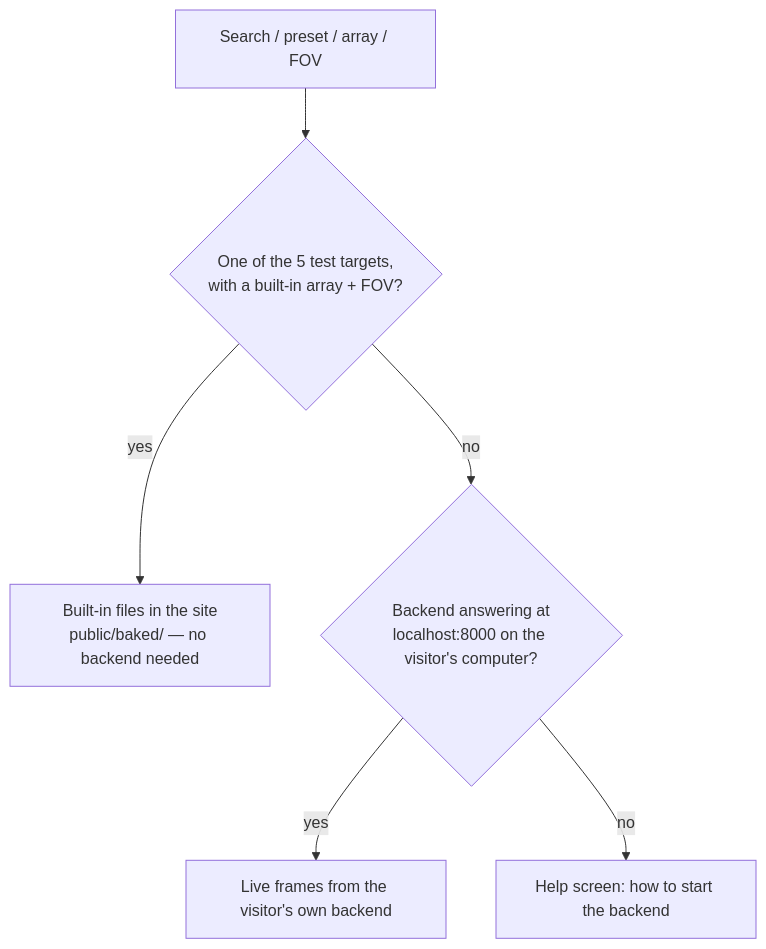
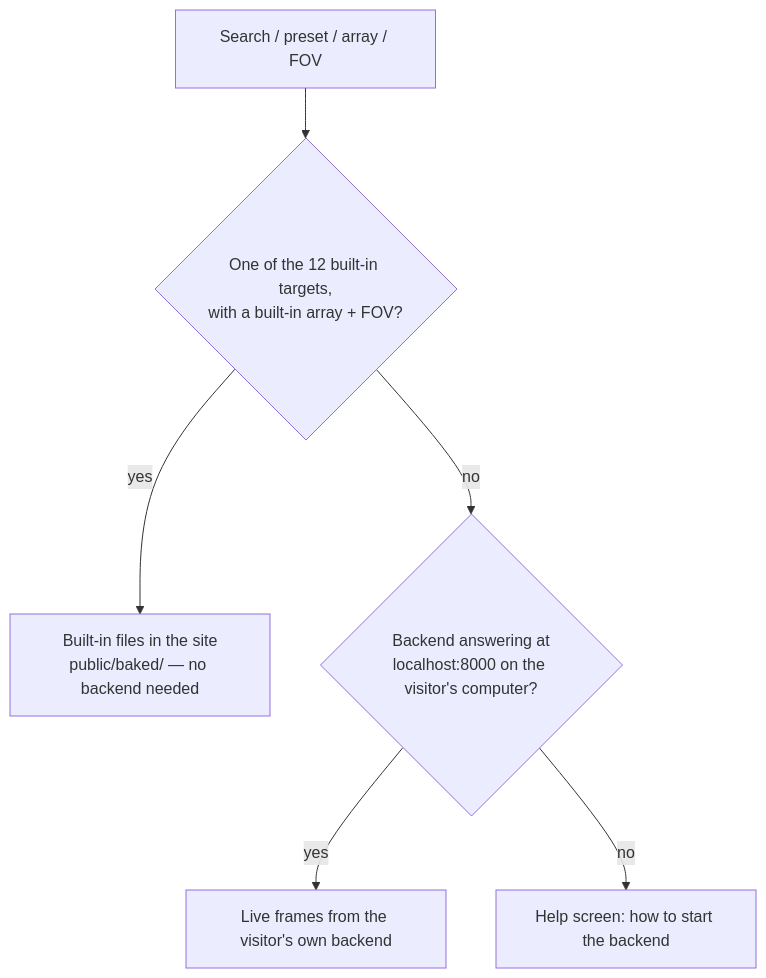
The first of 2 diagrams in README.md (MinionYuriTeam/minion-yuri-SphereX), drawn with Mermaid before and after one commit. The commit also changed other lines of this file and 2271 other files, not shown here.

First line of the commit message:
Built-in targets: 7 more baked, search aliases, clearer no-backend screen

````diff
--- a/README.md
+++ b/README.md
@@ -203,8 +205,8 @@
 ```mermaid
 flowchart TD
-    S[Search / preset / array / FOV] --> Q{One of the 5 test targets,<br/>with a built-in array + FOV?}
+    S[Search / preset / array / FOV] --> Q{One of the 12 built-in targets,<br/>with a built-in array + FOV?}
     Q -- yes --> B[Built-in files in the site<br/>public/baked/ — no backend needed]
     Q -- no --> L{Backend answering at<br/>localhost:8000 on the visitor's computer?}
     L -- yes --> R[Live frames from the visitor's own backend]
     L -- no --> H[Help screen: how to start the backend]
 ```
````
